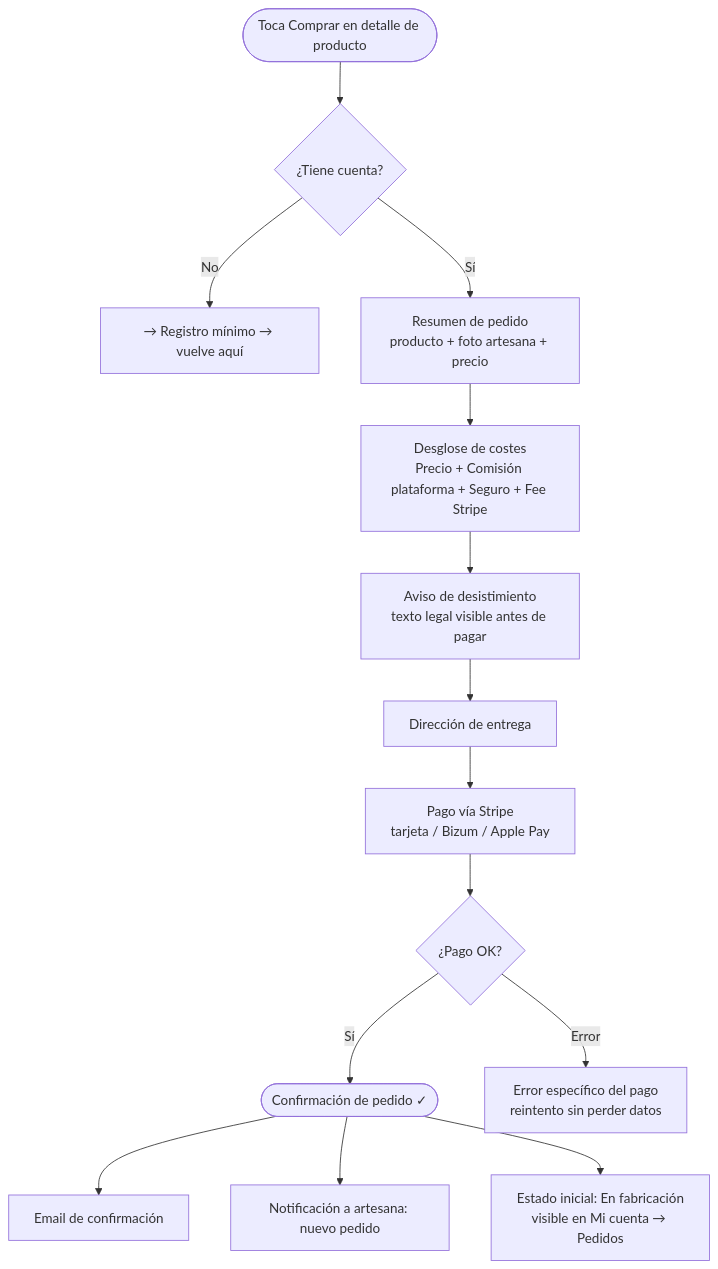
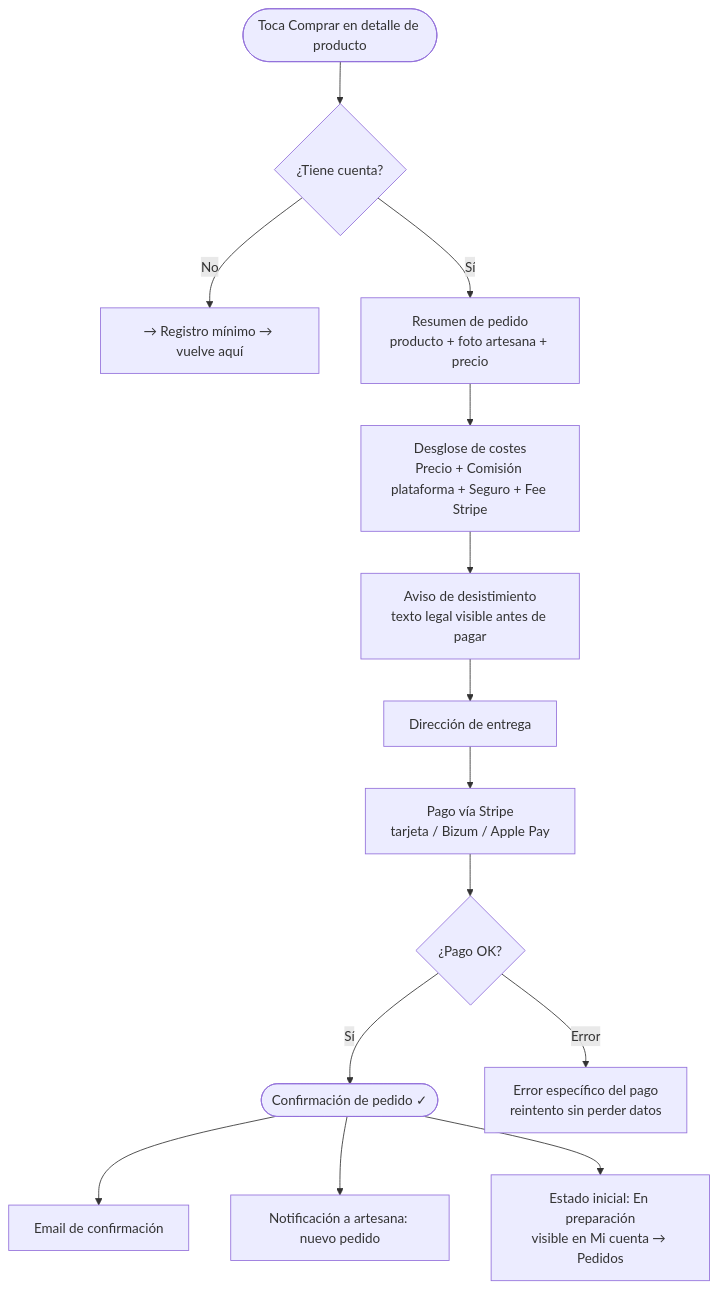
Before and after one commit to carlaportela/artelier: the fourth of 6 diagrams in _bmad-output/planning-artifacts/ux-design-specification.md, drawn with Mermaid. The commit also changed other lines of this file and 3 other files, not shown here.

````diff
--- a/_bmad-output/planning-artifacts/ux-design-specification.md
+++ b/_bmad-output/planning-artifacts/ux-design-specification.md
@@ -553,16 +553,16 @@
 ```mermaid
 flowchart TD
     A([Toca Comprar en detalle de producto]) --> B{¿Tiene cuenta?}
     B -->|No| C[→ Registro mínimo → vuelve aquí]
     B -->|Sí| D[Resumen de pedido\nproducto + foto artesana + precio]
     D --> E[Desglose de costes\nPrecio + Comisión plataforma + Seguro + Fee Stripe]
     E --> F[Aviso de desistimiento\ntexto legal visible antes de pagar]
     F --> G[Dirección de entrega]
     G --> H[Pago vía Stripe\ntarjeta / Bizum / Apple Pay]
     H --> I{¿Pago OK?}
     I -->|Sí| J([Confirmación de pedido ✓])
     I -->|Error| K[Error específico del pago\nreintento sin perder datos]
     J --> L[Email de confirmación]
     J --> M[Notificación a artesana: nuevo pedido]
-    J --> N[Estado inicial: En fabricación\nvisible en Mi cuenta → Pedidos]
+    J --> N[Estado inicial: En preparación\nvisible en Mi cuenta → Pedidos]
 ```
````
